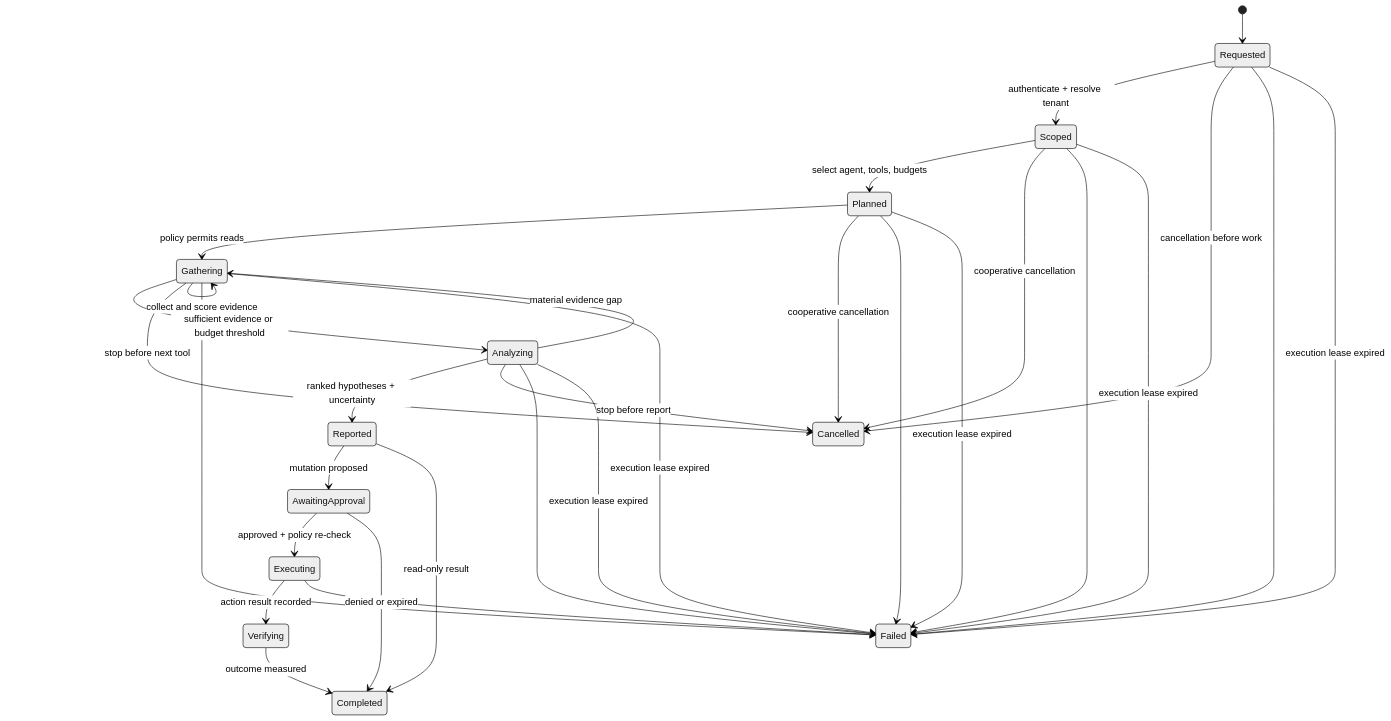
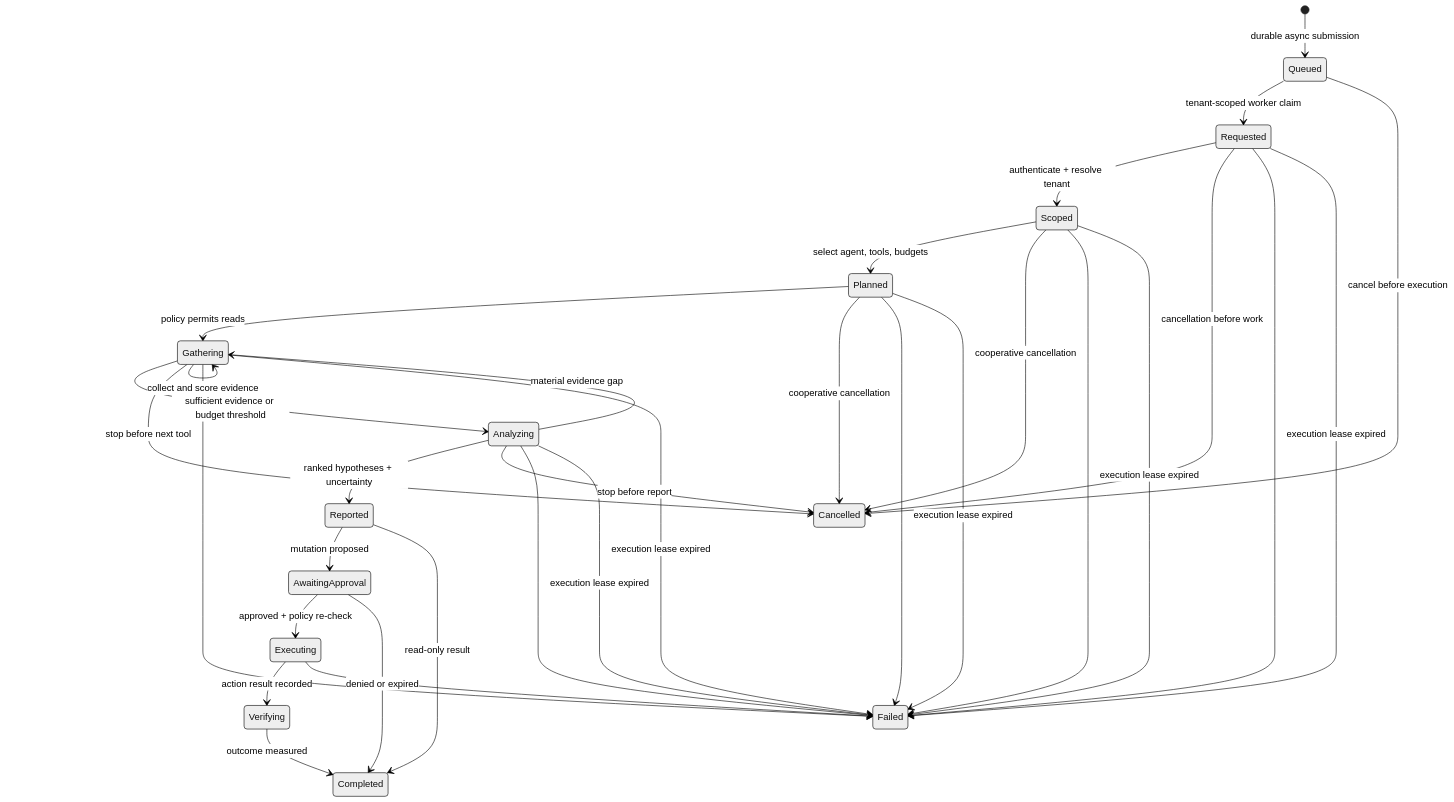
Before and after one commit to thedevopshuman/infra-intelligence-platform: the diagram in docs/architecture/investigation-lifecycle.md, drawn with Mermaid (neutral theme). The commit also changed other lines of this file and 52 other files, not shown here.

````diff
--- a/docs/architecture/investigation-lifecycle.md
+++ b/docs/architecture/investigation-lifecycle.md
@@ -8,33 +8,35 @@
 ```mermaid
 stateDiagram-v2
-    [*] --> Requested
+    [*] --> Queued: durable async submission
+    Queued --> Requested: tenant-scoped worker claim
+    Queued --> Cancelled: cancel before execution
     Requested --> Scoped: authenticate + resolve tenant
     Scoped --> Planned: select agent, tools, budgets
     Planned --> Gathering: policy permits reads
     Gathering --> Gathering: collect and score evidence
     Gathering --> Analyzing: sufficient evidence or budget threshold
     Analyzing --> Gathering: material evidence gap
     Analyzing --> Reported: ranked hypotheses + uncertainty
     Requested --> Cancelled: cancellation before work
     Scoped --> Cancelled: cooperative cancellation
     Planned --> Cancelled: cooperative cancellation
     Gathering --> Cancelled: stop before next tool
     Analyzing --> Cancelled: stop before report
     Reported --> AwaitingApproval: mutation proposed
     Reported --> Completed: read-only result
     AwaitingApproval --> Executing: approved + policy re-check
     AwaitingApproval --> Completed: denied or expired
     Executing --> Verifying: action result recorded
     Verifying --> Completed: outcome measured
     Requested --> Failed
     Scoped --> Failed
     Planned --> Failed
     Gathering --> Failed
     Analyzing --> Failed
     Executing --> Failed
     Requested --> Failed: execution lease expired
     Scoped --> Failed: execution lease expired
     Planned --> Failed: execution lease expired
     Gathering --> Failed: execution lease expired
     Analyzing --> Failed: execution lease expired
 ```
````
